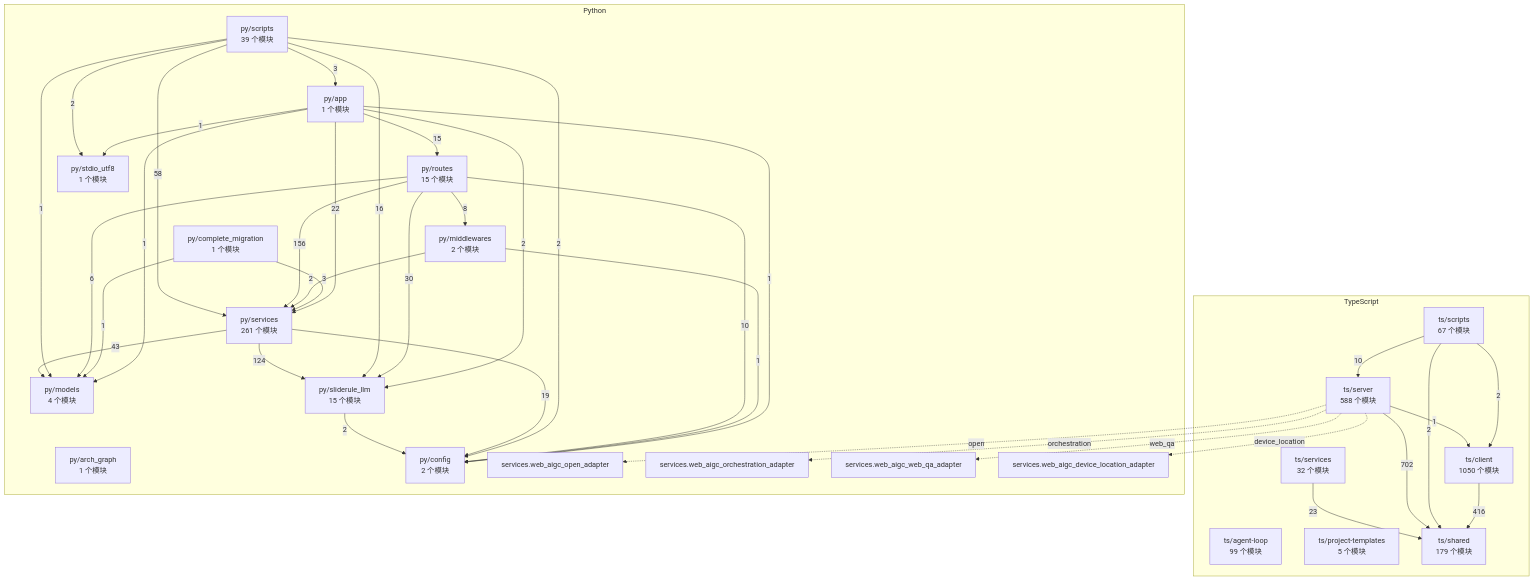
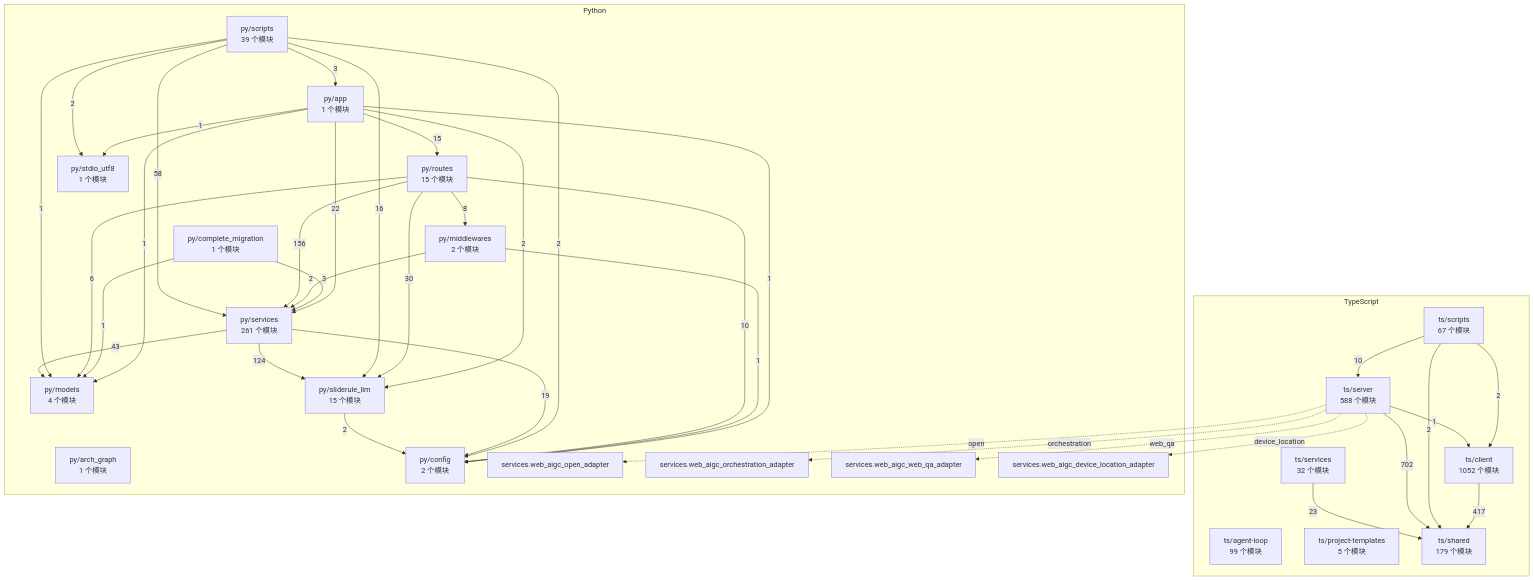
One commit to 2686521696/WhyBuddy changed the diagram in docs/WhyBuddy 全仓架构图（自动生成）.md. Above: the diagram before and after it, drawn with Mermaid.

Commit message:
架构图：补上 Python 侧那两份（§架构「两侧都要过」）
⚠ 上一提交只跑了 TS 侧的 --emit。Python 侧的 arch_graph.py 除了
`SlideRule V6.2 架构图` 还生成 `WhyBuddy 全仓架构图`，而全仓那份**把 TS 模块
也数进去**——新增两个 client 模块就让它 stale，Python 侧闸红。

CLAUDE.md 里「两侧各一份，都要过」说的就是这个，照抄一遍还是漏了一侧，
所以记在这儿：**加了任何一侧的模块，两侧的 --emit 都要跑。**

Claude-Session: https://claude.ai/code/session_01QD8jrv1AptPUNK4yen91Gc

````diff
--- a/docs/WhyBuddy 全仓架构图（自动生成）.md
+++ b/docs/WhyBuddy 全仓架构图（自动生成）.md
@@ -14,65 +14,65 @@
 ```mermaid
 flowchart TB
   subgraph ts [TypeScript]
     ts_agent_loop["ts/agent-loop<br/>99 个模块"]
-    ts_client["ts/client<br/>1050 个模块"]
+    ts_client["ts/client<br/>1052 个模块"]
     ts_project_templates["ts/project-templates<br/>5 个模块"]
     ts_scripts["ts/scripts<br/>67 个模块"]
     ts_server["ts/server<br/>588 个模块"]
     ts_services["ts/services<br/>32 个模块"]
     ts_shared["ts/shared<br/>179 个模块"]
   end
   subgraph py [Python]
     py_app["py/app<br/>1 个模块"]
     py_arch_graph["py/arch_graph<br/>1 个模块"]
     py_complete_migration["py/complete_migration<br/>1 个模块"]
     py_config["py/config<br/>2 个模块"]
     py_middlewares["py/middlewares<br/>2 个模块"]
     py_models["py/models<br/>4 个模块"]
     py_routes["py/routes<br/>15 个模块"]
     py_scripts["py/scripts<br/>39 个模块"]
     py_services["py/services<br/>261 个模块"]
     py_sliderule_llm["py/sliderule_llm<br/>15 个模块"]
     py_stdio_utf8["py/stdio_utf8<br/>1 个模块"]
     py_services_web_aigc_open_adapter["services.web_aigc_open_adapter"]
     py_services_web_aigc_orchestration_adapter["services.web_aigc_orchestration_adapter"]
     py_services_web_aigc_web_qa_adapter["services.web_aigc_web_qa_adapter"]
     py_services_web_aigc_device_location_adapter["services.web_aigc_device_location_adapter"]
   end
-  ts_client -->|416| ts_shared
+  ts_client -->|417| ts_shared
   ts_scripts -->|2| ts_client
   ts_scripts -->|10| ts_server
   ts_scripts -->|2| ts_shared
   ts_server -->|1| ts_client
   ts_server -->|702| ts_shared
   ts_services -->|23| ts_shared
   py_app -->|1| py_config
   py_app -->|1| py_models
   py_app -->|15| py_routes
   py_app -->|22| py_services
   py_app -->|2| py_sliderule_llm
   py_app -->|1| py_stdio_utf8
   py_complete_migration -->|1| py_models
   py_complete_migration -->|3| py_services
   py_middlewares -->|1| py_config
   py_middlewares -->|2| py_services
   py_routes -->|10| py_config
   py_routes -->|8| py_middlewares
   py_routes -->|6| py_models
   py_routes -->|156| py_services
   py_routes -->|30| py_sliderule_llm
   py_scripts -->|3| py_app
   py_scripts -->|2| py_config
   py_scripts -->|1| py_models
   py_scripts -->|58| py_services
   py_scripts -->|16| py_sliderule_llm
   py_scripts -->|2| py_stdio_utf8
   py_services -->|19| py_config
   py_services -->|43| py_models
   py_services -->|124| py_sliderule_llm
   py_sliderule_llm -->|2| py_config
   ts_server -.->|open| py_services_web_aigc_open_adapter
   ts_server -.->|orchestration| py_services_web_aigc_orchestration_adapter
   ts_server -.->|web_qa| py_services_web_aigc_web_qa_adapter
   ts_server -.->|device_location| py_services_web_aigc_device_location_adapter
 ```
````
